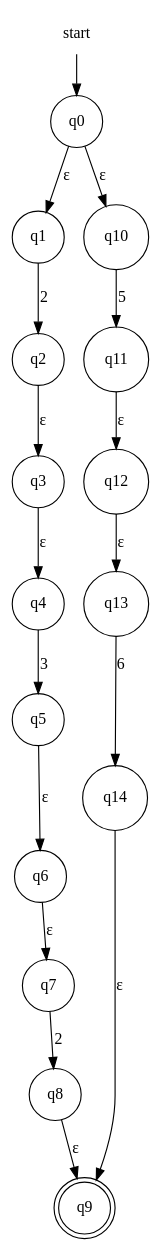
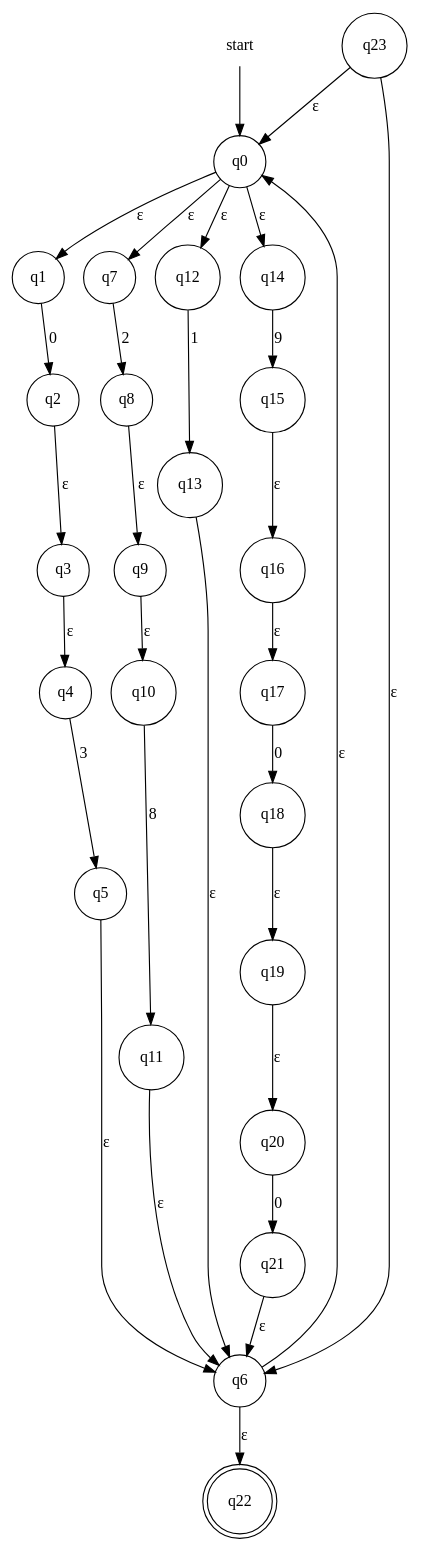
Before and after one commit to evertheylen/TA_TO: the diagram in fase1/RE-eNFA/regex_11.dot, drawn with Graphviz. The commit also changed 19 other files, not shown here.

```diff
--- a/fase1/RE-eNFA/regex_11.dot
+++ b/fase1/RE-eNFA/regex_11.dot
@@ -1,21 +1,34 @@
 digraph automaton {
     node [shape=none]; start;
-    node [shape=doublecircle]; "q9";
+    node [shape=doublecircle]; "q22";
     node [shape=circle];
     start -> "q0";
     "q0" -> "q1" [label="&epsilon;"];
-    "q0" -> "q10" [label="&epsilon;"];
-    "q1" -> "q2" [label="2"];
+    "q0" -> "q7" [label="&epsilon;"];
+    "q0" -> "q12" [label="&epsilon;"];
+    "q0" -> "q14" [label="&epsilon;"];
+    "q1" -> "q2" [label="0"];
     "q2" -> "q3" [label="&epsilon;"];
     "q3" -> "q4" [label="&epsilon;"];
     "q4" -> "q5" [label="3"];
     "q5" -> "q6" [label="&epsilon;"];
-    "q6" -> "q7" [label="&epsilon;"];
+    "q6" -> "q0" [label="&epsilon;"];
+    "q6" -> "q22" [label="&epsilon;"];
     "q7" -> "q8" [label="2"];
     "q8" -> "q9" [label="&epsilon;"];
-    "q10" -> "q11" [label="5"];
-    "q11" -> "q12" [label="&epsilon;"];
-    "q12" -> "q13" [label="&epsilon;"];
-    "q13" -> "q14" [label="6"];
-    "q14" -> "q9" [label="&epsilon;"];
+    "q9" -> "q10" [label="&epsilon;"];
+    "q10" -> "q11" [label="8"];
+    "q11" -> "q6" [label="&epsilon;"];
+    "q12" -> "q13" [label="1"];
+    "q13" -> "q6" [label="&epsilon;"];
+    "q14" -> "q15" [label="9"];
+    "q15" -> "q16" [label="&epsilon;"];
+    "q16" -> "q17" [label="&epsilon;"];
+    "q17" -> "q18" [label="0"];
+    "q18" -> "q19" [label="&epsilon;"];
+    "q19" -> "q20" [label="&epsilon;"];
+    "q20" -> "q21" [label="0"];
+    "q21" -> "q6" [label="&epsilon;"];
+    "q23" -> "q0" [label="&epsilon;"];
+    "q23" -> "q6" [label="&epsilon;"];
 }
```
